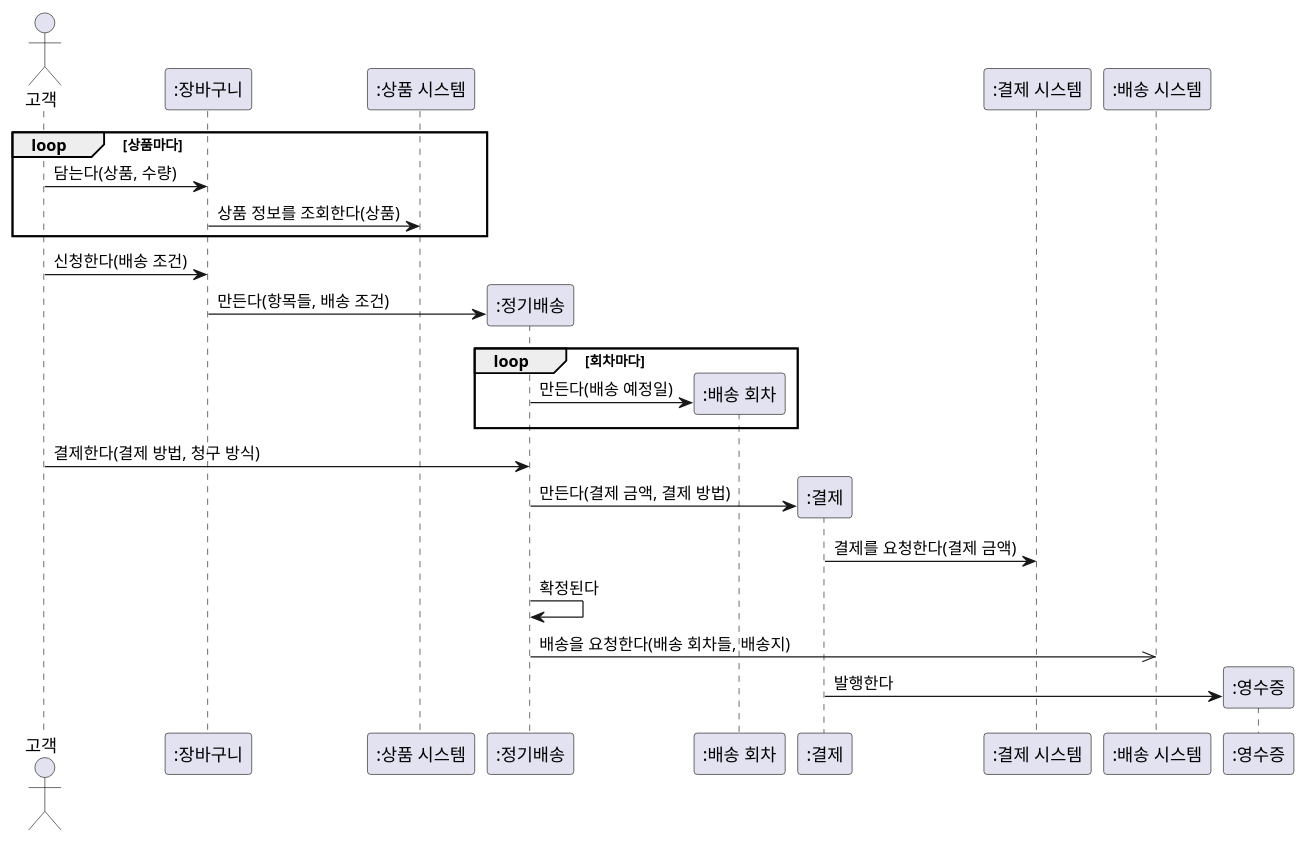
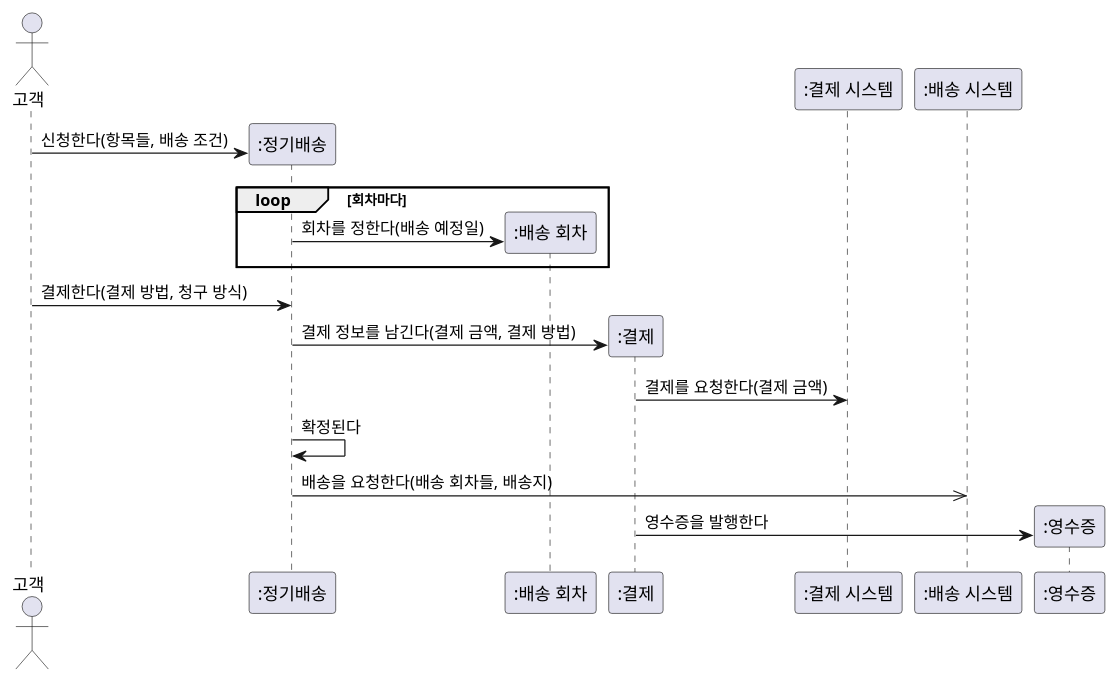
Diagram 19 of 20 in courses/ooad/sessions/s04.md (YoungSan77/TrainingMaterials), drawn with PlantUML before and after one commit. The commit also changed other lines of this file and 9 other files, not shown here.

````diff
--- a/courses/ooad/sessions/s04.md
+++ b/courses/ooad/sessions/s04.md
@@ -2092,32 +1987,25 @@
 ```plantuml:sequence
 @startuml
 actor "고객" as C
-participant ":장바구니" as Cart
-participant ":상품 시스템" as PS
 participant ":정기배송" as Sub
 participant ":배송 회차" as R
 participant ":결제" as P
 participant ":결제 시스템" as PX
 participant ":배송 시스템" as DS
 participant ":영수증" as Rc
-loop 상품마다
-  C -> Cart : 담는다(상품, 수량)
-  Cart -> PS : 상품 정보를 조회한다(상품)
-end
-C -> Cart : 신청한다(배송 조건)
 create Sub
-Cart -> Sub : 만든다(항목들, 배송 조건)
+C -> Sub : 신청한다(항목들, 배송 조건)
 loop 회차마다
   create R
-  Sub -> R : 만든다(배송 예정일)
+  Sub -> R : 회차를 정한다(배송 예정일)
 end
 C -> Sub : 결제한다(결제 방법, 청구 방식)
 create P
-Sub -> P : 만든다(결제 금액, 결제 방법)
+Sub -> P : 결제 정보를 남긴다(결제 금액, 결제 방법)
 P -> PX : 결제를 요청한다(결제 금액)
 Sub -> Sub : 확정된다
 Sub ->> DS : 배송을 요청한다(배송 회차들, 배송지)
 create Rc
-P -> Rc : 발행한다
+P -> Rc : 영수증을 발행한다
 @enduml
 ```
````
